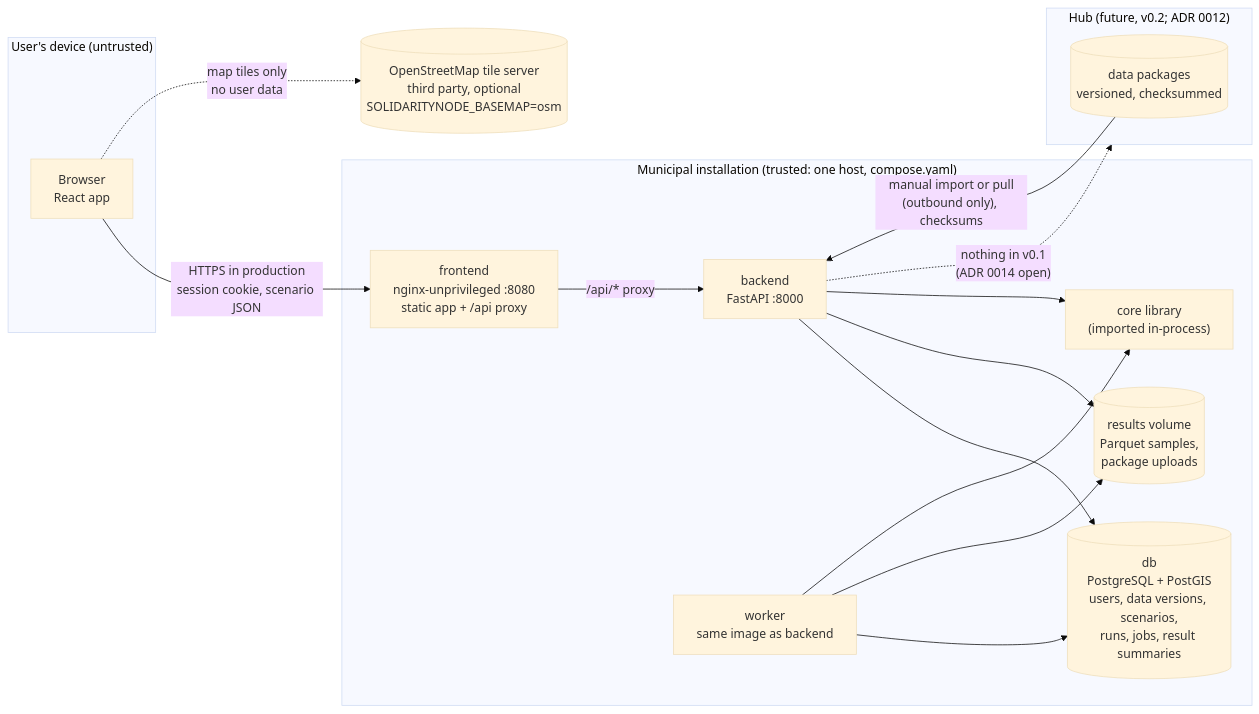
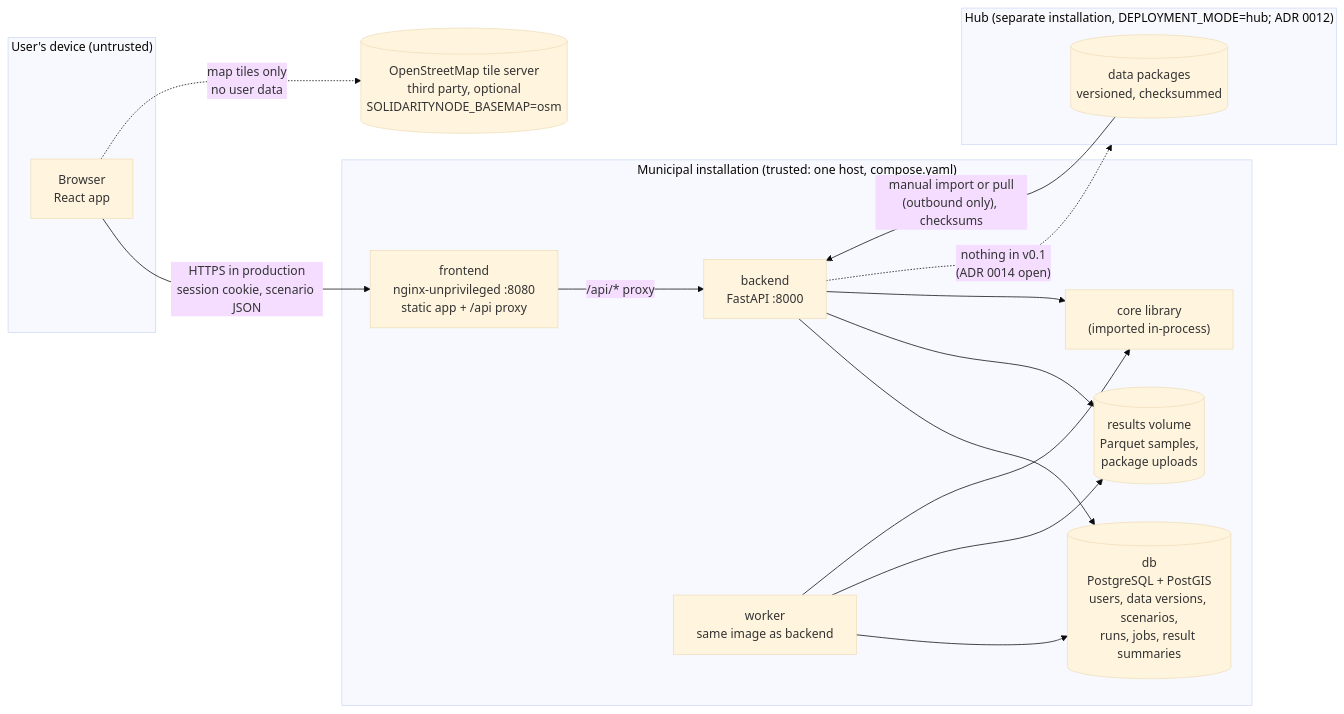
One commit to SolidarityNode/snode changed the first of 5 diagrams in docs/architecture.md. Above: the diagram before and after it, drawn with Mermaid (base theme). The commit also changed other lines of this file and 31 other files, not shown here.

First line of the commit message:
docs: hub user guide (English and Greek), UAT 02, ADR 0013/0012/0006 updates, changelog

````diff
--- a/docs/architecture.md
+++ b/docs/architecture.md
@@ -7,30 +7,30 @@
 ```mermaid
 flowchart LR
     subgraph USER["User's device (untrusted)"]
         BR["Browser<br/>React app"]
     end
     OSM[("OpenStreetMap tile server<br/>third party, optional<br/>SOLIDARITYNODE_BASEMAP=osm")]
     subgraph INST["Municipal installation (trusted: one host, compose.yaml)"]
         FE["frontend<br/>nginx-unprivileged :8080<br/>static app + /api proxy"]
         BE["backend<br/>FastAPI :8000"]
         W["worker<br/>same image as backend"]
         DB[("db<br/>PostgreSQL + PostGIS<br/>users, data versions, scenarios,<br/>runs, jobs, result summaries")]
         RES[("results volume<br/>Parquet samples,<br/>package uploads")]
         CORE["core library<br/>(imported in-process)"]
     end
-    subgraph HUB["Hub (future, v0.2; ADR 0012)"]
+    subgraph HUB["Hub (separate installation, DEPLOYMENT_MODE=hub; ADR 0012)"]
         PKG[("data packages<br/>versioned, checksummed")]
     end
 
     BR -->|"HTTPS in production<br/>session cookie, scenario JSON"| FE
     FE -->|"/api/* proxy"| BE
     BR -.->|"map tiles only<br/>no user data"| OSM
     BE --> DB
     W --> DB
     BE --> RES
     W --> RES
     BE --> CORE
     W --> CORE
     PKG -->|"manual import or pull<br/>(outbound only), checksums"| BE
     BE -.->|"nothing in v0.1<br/>(ADR 0014 open)"| HUB
 ```
````
